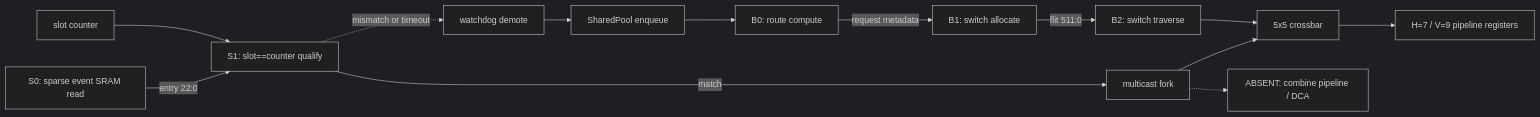
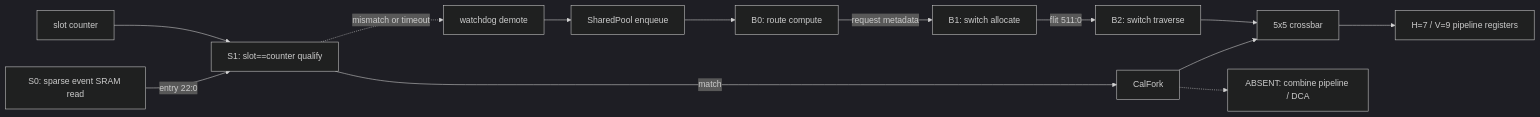
The diagram in docs/phase-3-uarch/uarch.md (lukebest/booksim2), drawn with Mermaid (dark theme) before and after one commit. The commit also changed other lines of this file and 30 other files, not shown here.

First line of the commit message:
dse: Trial 5 Arch-A5 CalFork + lean SharedPool — area 0.746×

````diff
--- a/docs/phase-3-uarch/uarch.md
+++ b/docs/phase-3-uarch/uarch.md
@@ -16,16 +16,16 @@
 ```mermaid
 flowchart LR
   C0[S0: sparse event SRAM read] -->|entry 22:0| C1[S1: slot==counter qualify]
   CTR[slot counter] --> C1
-  C1 -->|match| FORK[multicast fork]
+  C1 -->|match| FORK[CalFork]
   FORK --> XBAR[5x5 crossbar]
   B0[B0: route compute] -->|request metadata| B1[B1: switch allocate]
   B1 -->|flit 511:0| B2[B2: switch traverse]
   B2 --> XBAR
   XBAR --> LINK[H=7 / V=9 pipeline registers]
   C1 -.->|mismatch or timeout| WD[watchdog demote]
   WD --> POOL[SharedPool enqueue]
   POOL --> B0
   ABSENT[ABSENT: combine pipeline / DCA]
   FORK -.-> ABSENT
 ```
````
